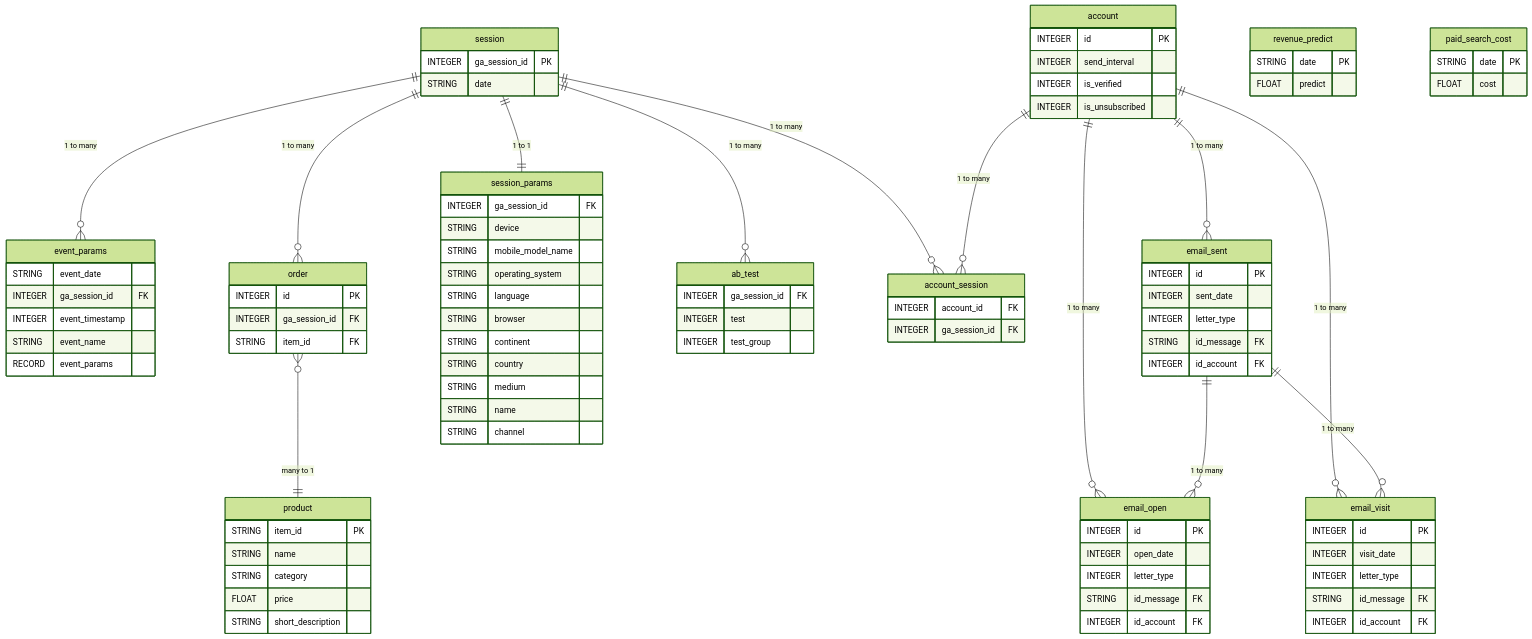
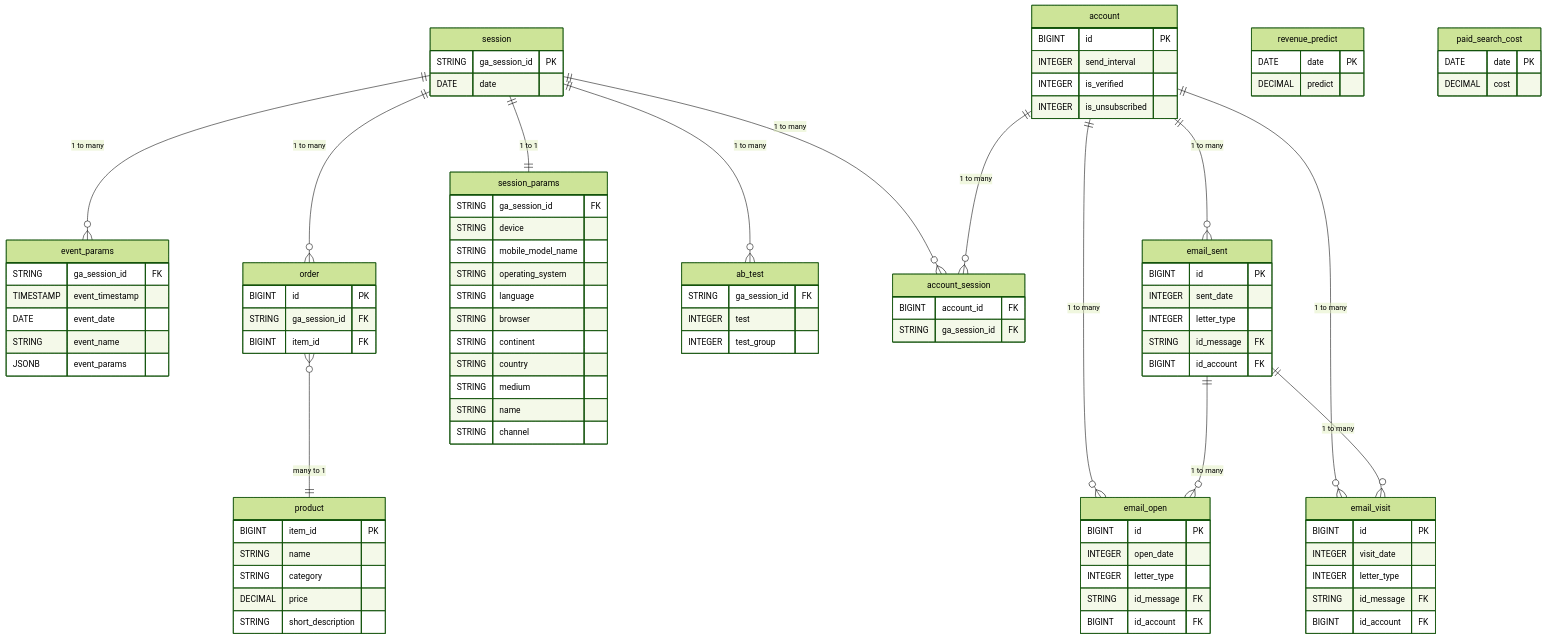
The diagram in docs/database-schema.md (ArtemMakovskyy/sql-extra), drawn with Mermaid (forest theme) before and after one commit.

Commit message:
fix: correct data types in docs/database-schema.md to match entities

````diff
--- a/docs/database-schema.md
+++ b/docs/database-schema.md
@@ -18,18 +18,18 @@
   order }o--|| product : "many to 1"
 
   session {
-    INTEGER ga_session_id PK
-    STRING date
+    STRING ga_session_id PK
+    DATE date
   }
   event_params {
-    STRING event_date
-    INTEGER ga_session_id FK
-    INTEGER event_timestamp
+    STRING ga_session_id FK
+    TIMESTAMP event_timestamp
+    DATE event_date
     STRING event_name
-    RECORD event_params
+    JSONB event_params
   }
   session_params {
-    INTEGER ga_session_id FK
+    STRING ga_session_id FK
     STRING device
     STRING mobile_model_name
     STRING operating_system
@@ -42,59 +42,59 @@
     STRING channel
   }
   ab_test {
-    INTEGER ga_session_id FK
+    STRING ga_session_id FK
     INTEGER test
     INTEGER test_group
   }
   account_session {
-    INTEGER account_id FK
-    INTEGER ga_session_id FK
+    BIGINT account_id FK
+    STRING ga_session_id FK
   }
   account {
-    INTEGER id PK
+    BIGINT id PK
     INTEGER send_interval
     INTEGER is_verified
     INTEGER is_unsubscribed
   }
   email_sent {
-    INTEGER id PK
+    BIGINT id PK
     INTEGER sent_date
     INTEGER letter_type
     STRING id_message FK
-    INTEGER id_account FK
+    BIGINT id_account FK
   }
   email_open {
-    INTEGER id PK
+    BIGINT id PK
     INTEGER open_date
     INTEGER letter_type
     STRING id_message FK
-    INTEGER id_account FK
+    BIGINT id_account FK
   }
   email_visit {
-    INTEGER id PK
+    BIGINT id PK
     INTEGER visit_date
     INTEGER letter_type
     STRING id_message FK
-    INTEGER id_account FK
+    BIGINT id_account FK
   }
   order {
-    INTEGER id PK
-    INTEGER ga_session_id FK
-    STRING item_id FK
+    BIGINT id PK
+    STRING ga_session_id FK
+    BIGINT item_id FK
   }
   product {
-    STRING item_id PK
+    BIGINT item_id PK
     STRING name
     STRING category
-    FLOAT price
+    DECIMAL price
     STRING short_description
   }
   revenue_predict {
-    STRING date PK
-    FLOAT predict
+    DATE date PK
+    DECIMAL predict
   }
   paid_search_cost {
-    STRING date PK
-    FLOAT cost
+    DATE date PK
+    DECIMAL cost
   }
 ```
````
